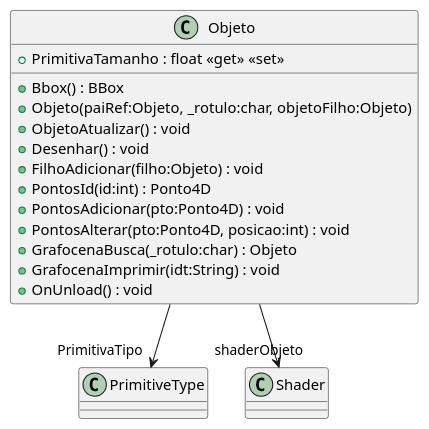
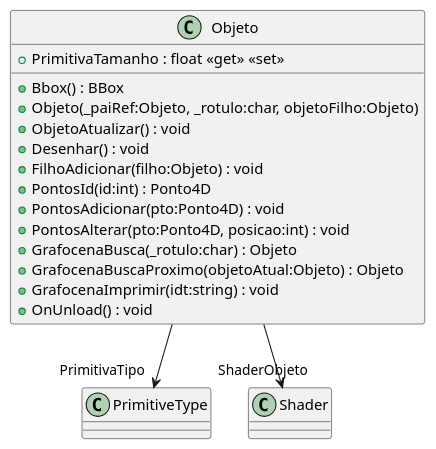
Before and after one commit to dalton-reis/CG_2024_1: the diagram in Unidade2/CG_N2_Exemplo/plantuml/Objeto.puml, drawn with PlantUML. The commit also changed 42 other files, not shown here.

```diff
--- a/Unidade2/CG_N2_Exemplo/plantuml/Objeto.puml
+++ b/Unidade2/CG_N2_Exemplo/plantuml/Objeto.puml
@@ -1,18 +1,19 @@
 @startuml
 class Objeto {
     + PrimitivaTamanho : float <<get>> <<set>>
     + Bbox() : BBox
-    + Objeto(paiRef:Objeto, _rotulo:char, objetoFilho:Objeto)
+    + Objeto(_paiRef:Objeto, _rotulo:char, objetoFilho:Objeto)
     + ObjetoAtualizar() : void
     + Desenhar() : void
     + FilhoAdicionar(filho:Objeto) : void
     + PontosId(id:int) : Ponto4D
     + PontosAdicionar(pto:Ponto4D) : void
     + PontosAlterar(pto:Ponto4D, posicao:int) : void
     + GrafocenaBusca(_rotulo:char) : Objeto
-    + GrafocenaImprimir(idt:String) : void
+    + GrafocenaBuscaProximo(objetoAtual:Objeto) : Objeto
+    + GrafocenaImprimir(idt:string) : void
     + OnUnload() : void
 }
 Objeto --> "PrimitivaTipo" PrimitiveType
-Objeto --> "shaderObjeto" Shader
+Objeto --> "ShaderObjeto" Shader
 @enduml
```
